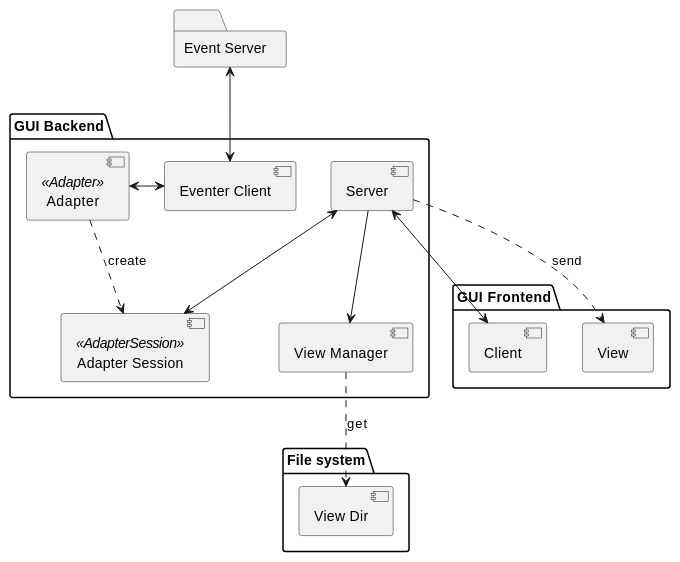
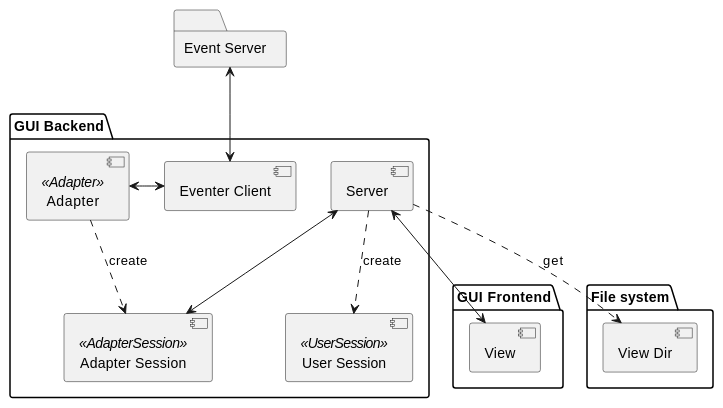
Before and after one commit to hat-open/hat-gui: the diagram in docs/server.rst, drawn with PlantUML. The commit also changed other lines of this file and 36 other files, not shown here.

Commit message:
WIP server user session rewrite

```diff
--- a/docs/server.rst
+++ b/docs/server.rst
@@ -23,39 +23,36 @@
 .. uml::
 
     folder "Event Server" as EventServer
 
     folder "GUI Frontend" {
-        component Client
         component View
     }
 
     folder "GUI Backend" {
         component "Eventer Client" as EventerClient
 
         component Server
 
         component Adapter <<Adapter>> as Adapter
         component "Adapter Session" <<AdapterSession>> as AdapterSession
 
-        component "View Manager" as ViewManager
+        component "User Session" <<UserSession>> as UserSession
     }
 
     folder "File system" {
         component "View Dir" as ViewDir
     }
 
     EventServer <--> EventerClient
 
     EventerClient <-> Adapter
 
     Adapter ..> AdapterSession : create
 
     Server <--> AdapterSession
 
-    Server --> ViewManager
+    Server ..> UserSession : create
 
-    ViewManager ..> ViewDir : get
+    Server ..> ViewDir : get
 
-    Server <--> Client
-
-    Server ..> View : send
+    Server <--> View
```
